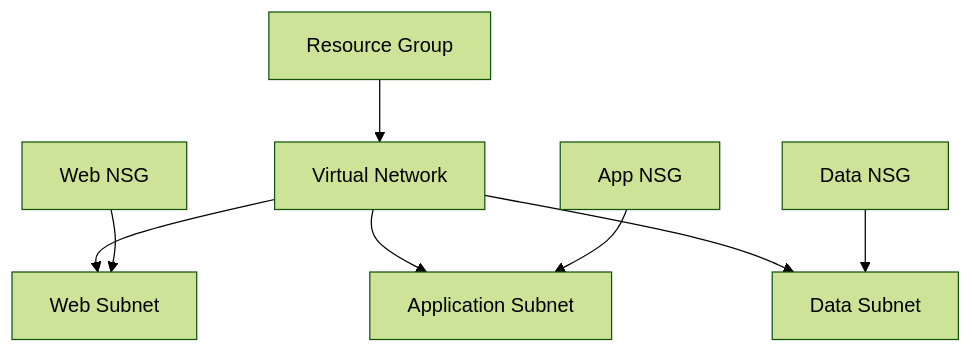
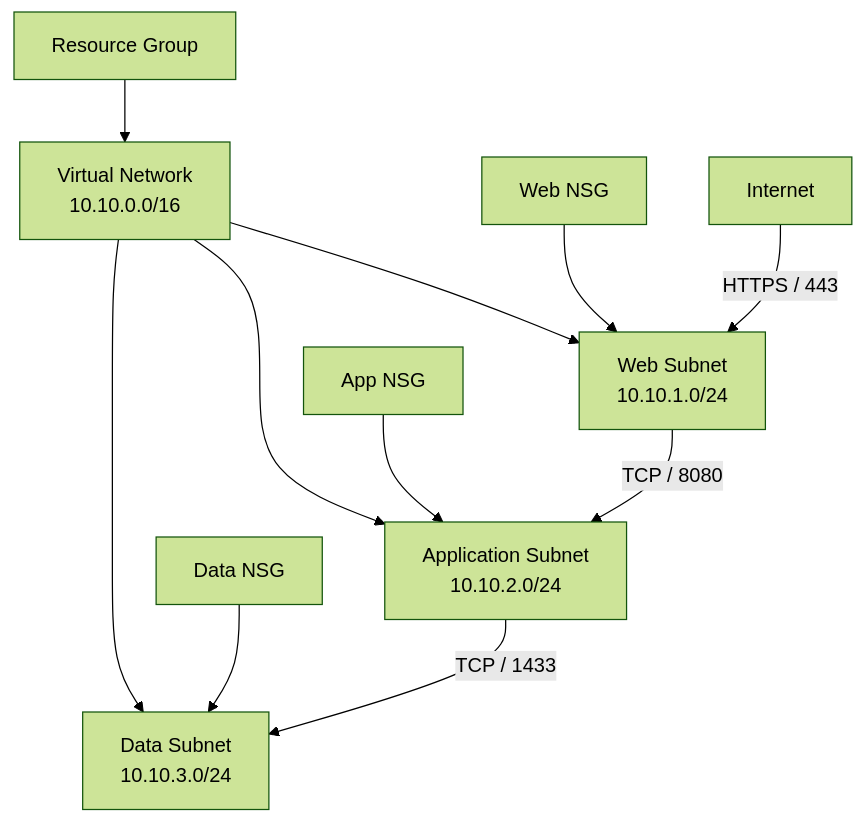
The diagram in README.md (mikeCayan99/azure-terraform-playground), drawn with Mermaid (forest theme) before and after one commit. The commit also changed other lines of this file and 15 other files, not shown here.

````diff
--- a/README.md
+++ b/README.md
@@ -22,13 +9,17 @@
 ```mermaid
 flowchart TD
 
-RG["Resource Group"] --> VNET["Virtual Network"]
+RG["Resource Group"] --> VNET["Virtual Network<br/>10.10.0.0/16"]
 
-VNET --> WEB["Web Subnet"]
-VNET --> APP["Application Subnet"]
-VNET --> DATA["Data Subnet"]
+VNET --> WEB["Web Subnet<br/>10.10.1.0/24"]
+VNET --> APP["Application Subnet<br/>10.10.2.0/24"]
+VNET --> DATA["Data Subnet<br/>10.10.3.0/24"]
 
 WEBNSG["Web NSG"] --> WEB
 APPNSG["App NSG"] --> APP
 DATANSG["Data NSG"] --> DATA
+
+INTERNET["Internet"] -->|"HTTPS / 443"| WEB
+WEB -->|"TCP / 8080"| APP
+APP -->|"TCP / 1433"| DATA
 ```
````
